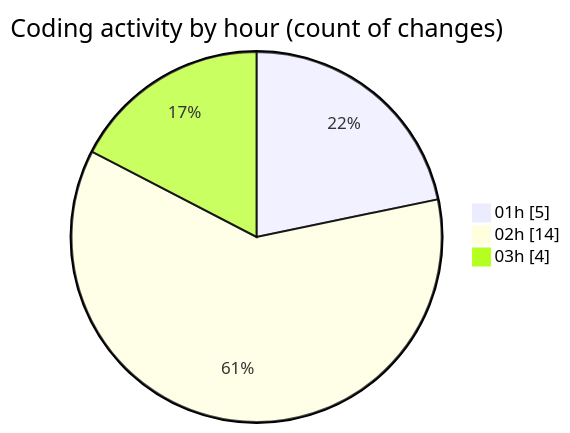
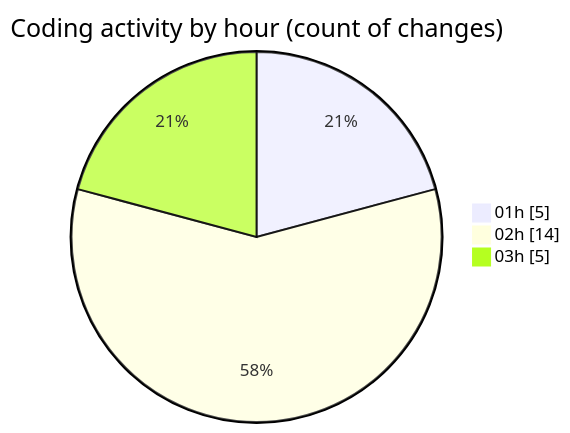
One commit to julien-gomy/code-tracking changed the second of 2 diagrams in 2025-10-23/eventscop-frontend-guide__workspace_/README.md. Above: the diagram before and after it, drawn with Mermaid. The commit also changed other lines of this file and 1 other file, not shown here.

````diff
--- a/2025-10-23/eventscop-frontend-guide__workspace_/README.md
+++ b/2025-10-23/eventscop-frontend-guide__workspace_/README.md
@@ -37,7 +38,7 @@
 ```mermaid
 pie showData
 title Coding activity by hour (count of changes)
 "01h" : 5
 "02h" : 14
-"03h" : 4
+"03h" : 5
 ```
````
